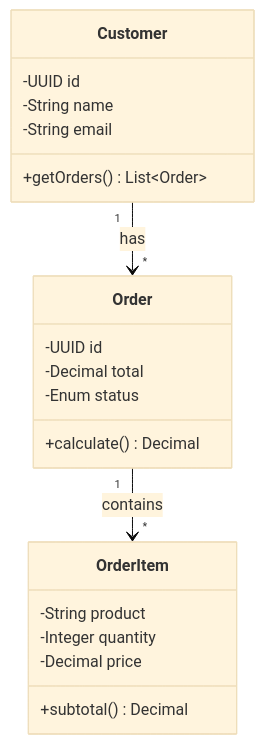
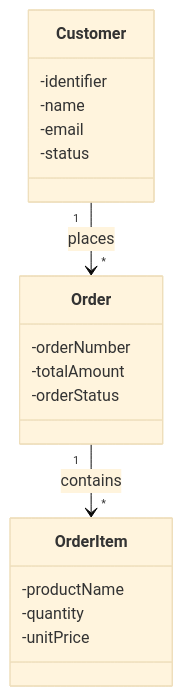
Before and after one commit to DauQuangThanh/hanoi-rainbow: the fourth of 5 diagrams in skills/pseudocode-to-specification/references/mermaid-diagrams.md, drawn with Mermaid (base theme). The commit also changed other lines of this file and 3 other files, not shown here.

````diff
--- a/skills/pseudocode-to-specification/references/mermaid-diagrams.md
+++ b/skills/pseudocode-to-specification/references/mermaid-diagrams.md
@@ -248,26 +241,24 @@
 ```mermaid
 classDiagram
     class Customer {
-        -UUID id
-        -String name
-        -String email
-        +getOrders() List~Order~
+        -identifier
+        -name
+        -email
+        -status
     }
     
     class Order {
-        -UUID id
-        -Decimal total
-        -Enum status
-        +calculate() Decimal
+        -orderNumber
+        -totalAmount
+        -orderStatus
     }
     
     class OrderItem {
-        -String product
-        -Integer quantity
-        -Decimal price
-        +subtotal() Decimal
+        -productName
+        -quantity
+        -unitPrice
     }
     
-    Customer "1" --> "*" Order : has
+    Customer "1" --> "*" Order : places
     Order "1" --> "*" OrderItem : contains
 ```
````
